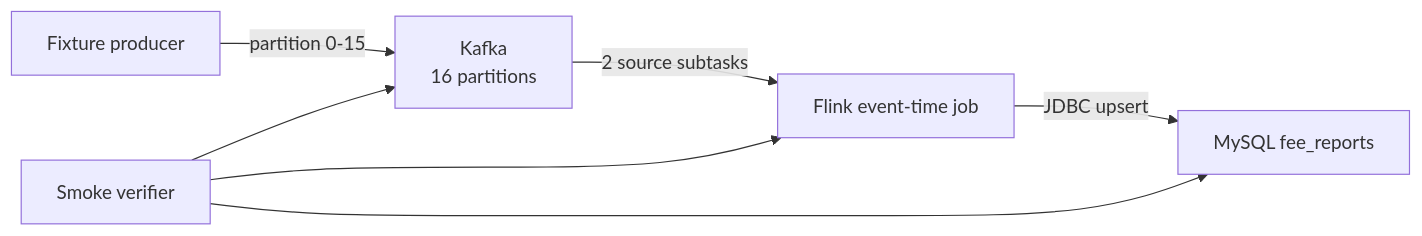
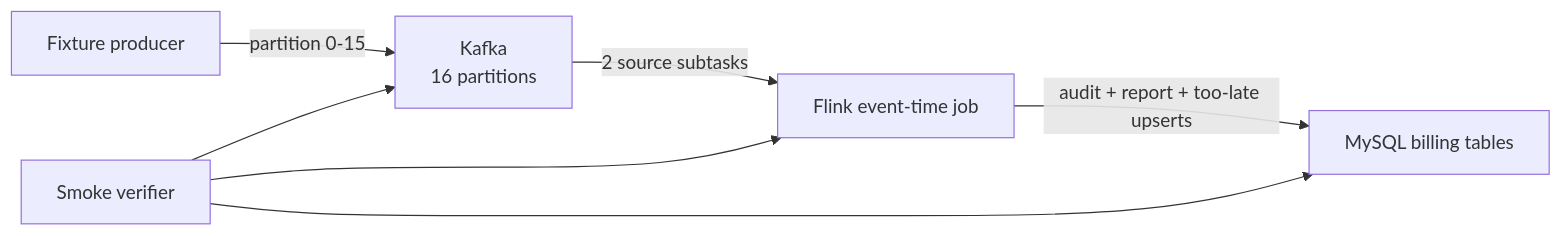
One commit to azusachino/flos changed the diagram in docs/src/content/docs/concepts/flink/connectors/billing-pipeline.md. Above: the diagram before and after it, drawn with Mermaid. The commit also changed other lines of this file and 8 other files, not shown here.

Commit message:
feat: prove Flink late-data reconciliation

````diff
--- a/docs/src/content/docs/concepts/flink/connectors/billing-pipeline.md
+++ b/docs/src/content/docs/concepts/flink/connectors/billing-pipeline.md
@@ -21,9 +21,9 @@
 ```mermaid
 flowchart LR
     Producer["Fixture producer"] -->|"partition 0-15"| Kafka["Kafka<br/>16 partitions"]
     Kafka -->|"2 source subtasks"| Flink["Flink event-time job"]
-    Flink -->|"JDBC upsert"| MySQL["MySQL fee_reports"]
+    Flink -->|"audit + report + too-late upserts"| MySQL["MySQL billing tables"]
     Verifier["Smoke verifier"] --> Kafka
     Verifier --> Flink
     Verifier --> MySQL
 ```
````
